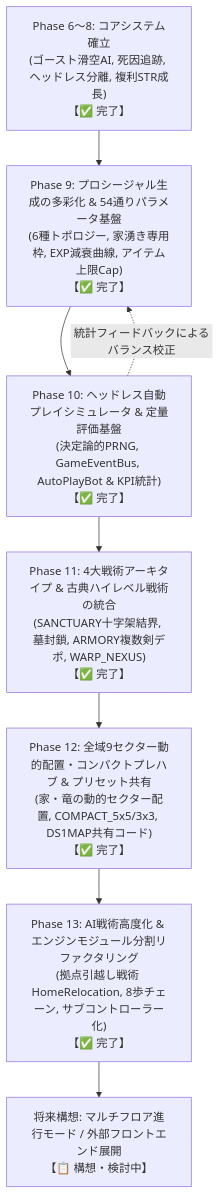
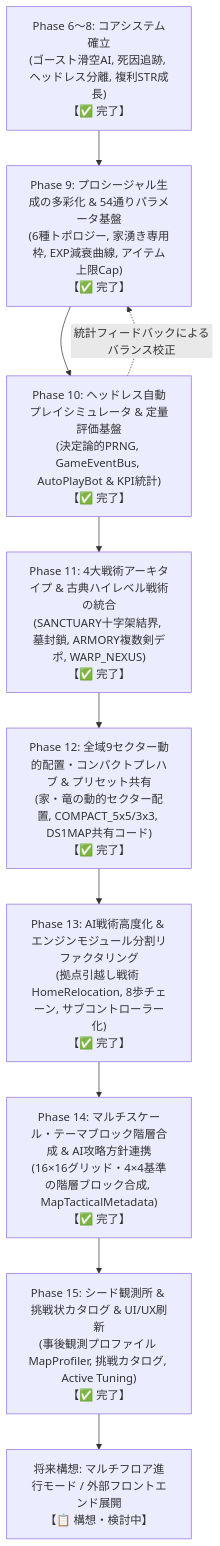
The diagram in docs/roadmap/roadmap.md (e3sh/ds1), drawn with Mermaid before and after one commit. The commit also changed other lines of this file and 46 other files, not shown here.

````diff
--- a/docs/roadmap/roadmap.md
+++ b/docs/roadmap/roadmap.md
@@ -27,18 +27,22 @@
 ```mermaid
 flowchart TD
     P6["Phase 6〜8: コアシステム確立<br/>(ゴースト滑空AI, 死因追跡, ヘッドレス分離, 複利STR成長)<br/>【✅ 完了】"]
     P9["Phase 9: プロシージャル生成の多彩化 & 54通りパラメータ基盤<br/>(6種トポロジー, 家湧き専用枠, EXP減衰曲線, アイテム上限Cap)<br/>【✅ 完了】"]
     P10["Phase 10: ヘッドレス自動プレイシミュレータ & 定量評価基盤<br/>(決定論的PRNG, GameEventBus, AutoPlayBot & KPI統計)<br/>【✅ 完了】"]
     P11["Phase 11: 4大戦術アーキタイプ & 古典ハイレベル戦術の統合<br/>(SANCTUARY十字架結界, 墓封鎖, ARMORY複数剣デポ, WARP_NEXUS)<br/>【✅ 完了】"]
     P12["Phase 12: 全域9セクター動的配置・コンパクトプレハブ & プリセット共有<br/>(家・竜の動的セクター配置, COMPACT_5x5/3x3, DS1MAP共有コード)<br/>【✅ 完了】"]
     P13["Phase 13: AI戦術高度化 & エンジンモジュール分割リファクタリング<br/>(拠点引越し戦術 HomeRelocation, 8歩チェーン, サブコントローラー化)<br/>【✅ 完了】"]
+    P14["Phase 14: マルチスケール・テーマブロック階層合成 & AI攻略方針連携<br/>(16×16グリッド・4×4基準の階層ブロック合成, MapTacticalMetadata)<br/>【✅ 完了】"]
+    P15["Phase 15: シード観測所 & 挑戦状カタログ & UI/UX刷新<br/>(事後観測プロファイル MapProfiler, 挑戦カタログ, Active Tuning)<br/>【✅ 完了】"]
     Future["将来構想: マルチフロア進行モード / 外部フロントエンド展開<br/>【📋 構想・検討中】"]
 
     P6 --> P9
     P9 --> P10
     P10 -.->|統計フィードバックによるバランス校正| P9
     P10 --> P11
     P11 --> P12
     P12 --> P13
-    P13 --> Future
+    P13 --> P14
+    P14 --> P15
+    P15 --> Future
 ```
````
